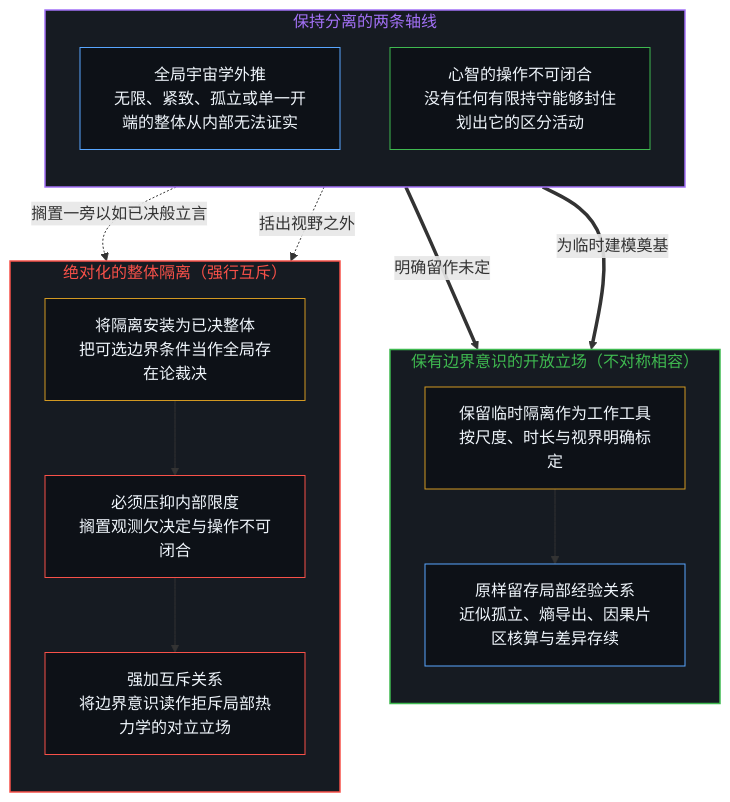
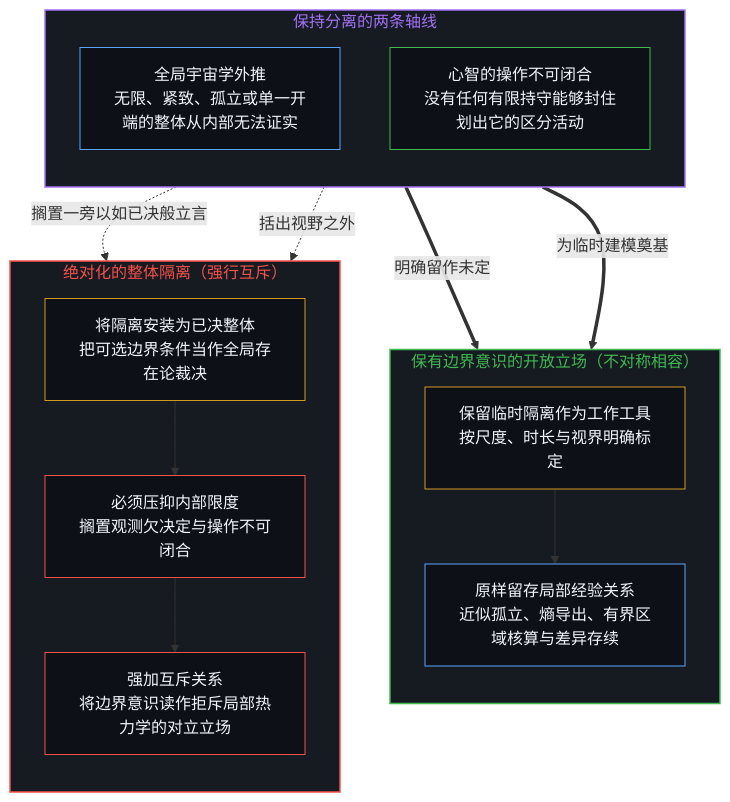
Before and after one commit to powerpig99/not-a-toe: the third of 4 diagrams in content/posts/boundary-of-the-isolation-idealization-and-the-non-closable-open.md, drawn with Mermaid. The commit also changed other lines of this file and 24 other files, not shown here.

````diff
--- a/content/posts/boundary-of-the-isolation-idealization-and-the-non-closable-open.md
+++ b/content/posts/boundary-of-the-isolation-idealization-and-the-non-closable-open.md
@@ -129,35 +129,35 @@
 ```mermaid
 flowchart TD
     subgraph S_Axes["保持分离的两条轴线"]
         direction TB
         A_Phys["全局宇宙学外推<br/>无限、紧致、孤立或单一开端的整体从内部无法证实"]
         A_Op["心智的操作不可闭合<br/>没有任何有限持守能够封住划出它的区分活动"]
     end
     subgraph S_Open["保有边界意识的开放立场（不对称相容）"]
         direction TB
         O_Tool["保留临时隔离作为工作工具<br/>按尺度、时长与视界明确标定"]
-        O_Local["原样留存局部经验关系<br/>近似孤立、熵导出、因果片区核算与差异存续"]
+        O_Local["原样留存局部经验关系<br/>近似孤立、熵导出、有界区域核算与差异存续"]
         O_Tool --> O_Local
     end
     subgraph S_Closed["绝对化的整体隔离（强行互斥）"]
         direction TB
         C_Seal["将隔离安装为已决整体<br/>把可选边界条件当作全局存在论裁决"]
         C_Drop["必须压抑内部限度<br/>搁置观测欠决定与操作不可闭合"]
         C_Impute["强加互斥关系<br/>将边界意识读作拒斥局部热力学的对立立场"]
         C_Seal --> C_Drop --> C_Impute
     end
     A_Phys ==>|"明确留作未定"| O_Tool
     A_Op ==>|"为临时建模奠基"| O_Tool
     A_Phys -.->|"搁置一旁以如已决般立言"| C_Drop
     A_Op -.->|"括出视野之外"| C_Drop
     style S_Axes fill:#161b22,stroke:#a371f7,stroke-width:1.5px,color:#a371f7
     style S_Open fill:#161b22,stroke:#3fb950,stroke-width:1.5px,color:#3fb950
     style S_Closed fill:#161b22,stroke:#f85149,stroke-width:1.5px,color:#f85149
     style A_Phys fill:#0d1117,stroke:#58a6ff,stroke-width:1px,color:#f0f6fc
     style A_Op fill:#0d1117,stroke:#3fb950,stroke-width:1px,color:#f0f6fc
     style O_Tool fill:#0d1117,stroke:#d29922,stroke-width:1px,color:#f0f6fc
     style O_Local fill:#0d1117,stroke:#58a6ff,stroke-width:1px,color:#f0f6fc
     style C_Seal fill:#0d1117,stroke:#d29922,stroke-width:1px,color:#f0f6fc
     style C_Drop fill:#0d1117,stroke:#f85149,stroke-width:1px,color:#f0f6fc
     style C_Impute fill:#0d1117,stroke:#f85149,stroke-width:1px,color:#f0f6fc
 ```
````
